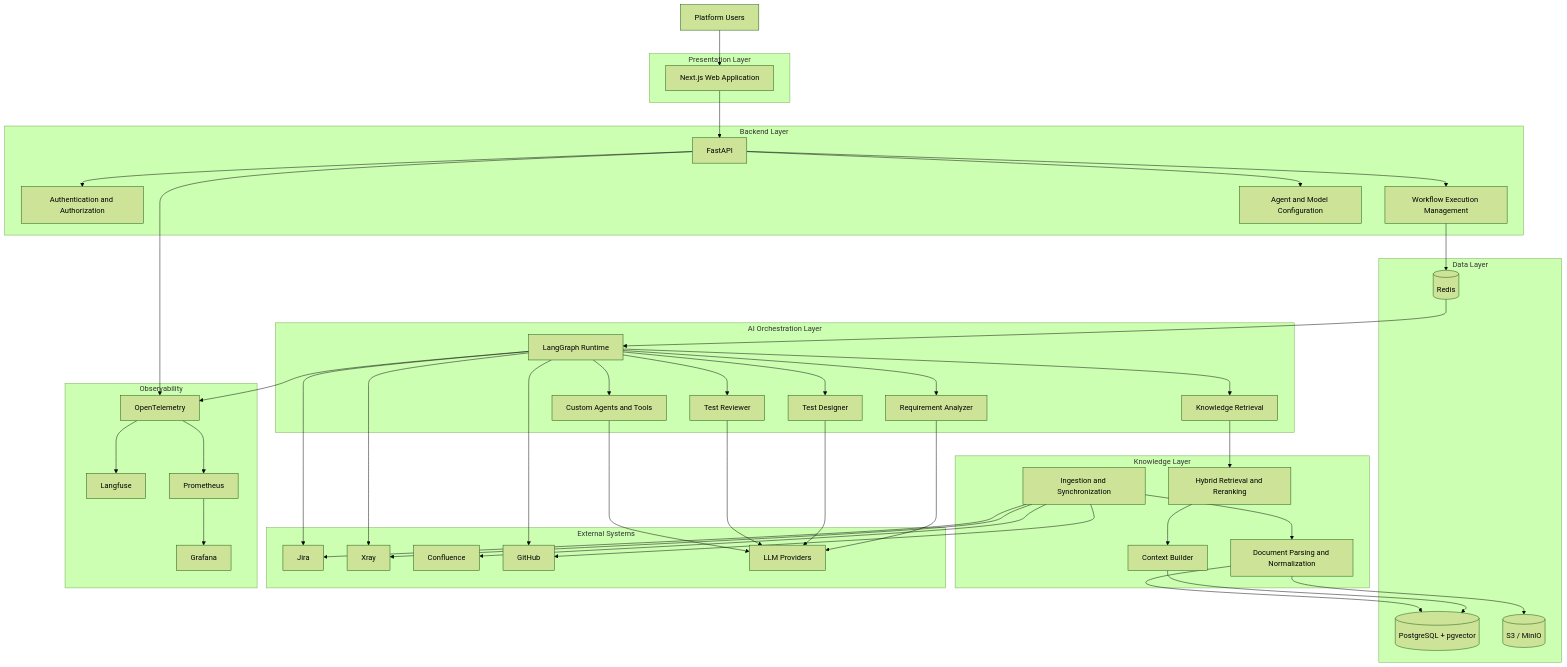
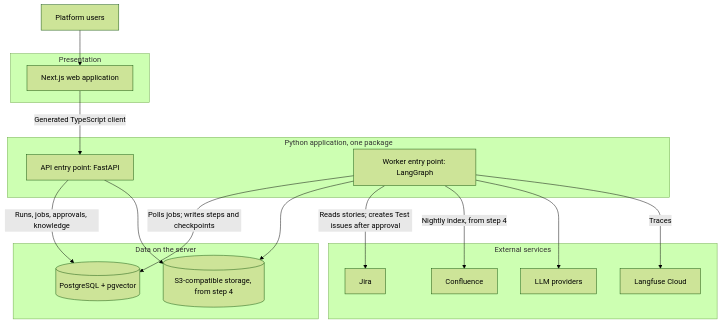
The first of 4 diagrams in docs/architecture/ARCHITECTURE.md (thuongdv/qualiforge-ai), drawn with Mermaid (forest theme) before and after one commit. The commit also changed other lines of this file and 5 other files, not shown here.

First line of the commit message:
Apply architecture decisions to ARCHITECTURE.md as v0.2.0

````diff
--- a/docs/architecture/ARCHITECTURE.md
+++ b/docs/architecture/ARCHITECTURE.md
@@ -123,93 +164,36 @@
 ```mermaid
 flowchart TB
-    USER[Platform Users]
+    USER["Platform users"]
 
-    subgraph UI["Presentation Layer"]
-        WEB["Next.js Web Application"]
+    subgraph UI["Presentation"]
+        WEB["Next.js web application"]
     end
 
-    subgraph BACKEND["Backend Layer"]
-        API[FastAPI]
-        AUTH[Authentication and Authorization]
-        EXEC[Workflow Execution Management]
-        CONFIG[Agent and Model Configuration]
+    subgraph APP["Python application, one package"]
+        API["API entry point: FastAPI"]
+        WORKER["Worker entry point: LangGraph"]
     end
 
-    subgraph AGENT["AI Orchestration Layer"]
-        LG[LangGraph Runtime]
-        RA[Requirement Analyzer]
-        KD[Knowledge Retrieval]
-        TD[Test Designer]
-        TR[Test Reviewer]
-        CUSTOM[Custom Agents and Tools]
+    subgraph DATA["Data on the server"]
+        PG[("PostgreSQL + pgvector")]
+        OBJ[("S3-compatible storage, from step 4")]
     end
 
-    subgraph KNOWLEDGE["Knowledge Layer"]
-        ING[Ingestion and Synchronization]
-        PARSE[Document Parsing and Normalization]
-        RET[Hybrid Retrieval and Reranking]
-        CTX[Context Builder]
-    end
-
-    subgraph DATA["Data Layer"]
-        PG[("PostgreSQL + pgvector")]
-        REDIS[(Redis)]
-        OBJ[("S3 / MinIO")]
-    end
-
-    subgraph EXTERNAL["External Systems"]
+    subgraph EXT["External services"]
         JIRA[Jira]
-        XRAY[Xray]
         CONF[Confluence]
-        GIT[GitHub]
-        LLM[LLM Providers]
-    end
-
-    subgraph OBS["Observability"]
-        LF[Langfuse]
-        OTEL[OpenTelemetry]
-        PROM[Prometheus]
-        GRAF[Grafana]
+        LLM["LLM providers"]
+        LF["Langfuse Cloud"]
     end
 
     USER --> WEB
-    WEB --> API
-    API --> AUTH
-    API --> EXEC
-    API --> CONFIG
-    EXEC --> REDIS
-    REDIS --> LG
-
-    LG --> RA
-    LG --> KD
-    LG --> TD
-    LG --> TR
-    LG --> CUSTOM
-
-    KD --> RET
-    RET --> CTX
-    CTX --> PG
-
-    ING --> JIRA
-    ING --> XRAY
-    ING --> CONF
-    ING --> GIT
-    ING --> PARSE
-    PARSE --> PG
-    PARSE --> OBJ
-
-    RA --> LLM
-    TD --> LLM
-    TR --> LLM
-    CUSTOM --> LLM
-
-    LG --> JIRA
-    LG --> XRAY
-    LG --> GIT
-
-    API --> OTEL
-    LG --> OTEL
-    OTEL --> LF
-    OTEL --> PROM
-    PROM --> GRAF
+    WEB -->|"Generated TypeScript client"| API
+    API -->|"Runs, jobs, approvals, knowledge"| PG
+    API --> OBJ
+    WORKER -->|"Polls jobs; writes steps and checkpoints"| PG
+    WORKER --> OBJ
+    WORKER -->|"Reads stories; creates Test issues after approval"| JIRA
+    WORKER -->|"Nightly index, from step 4"| CONF
+    WORKER --> LLM
+    WORKER -->|"Traces"| LF
 ```
````
